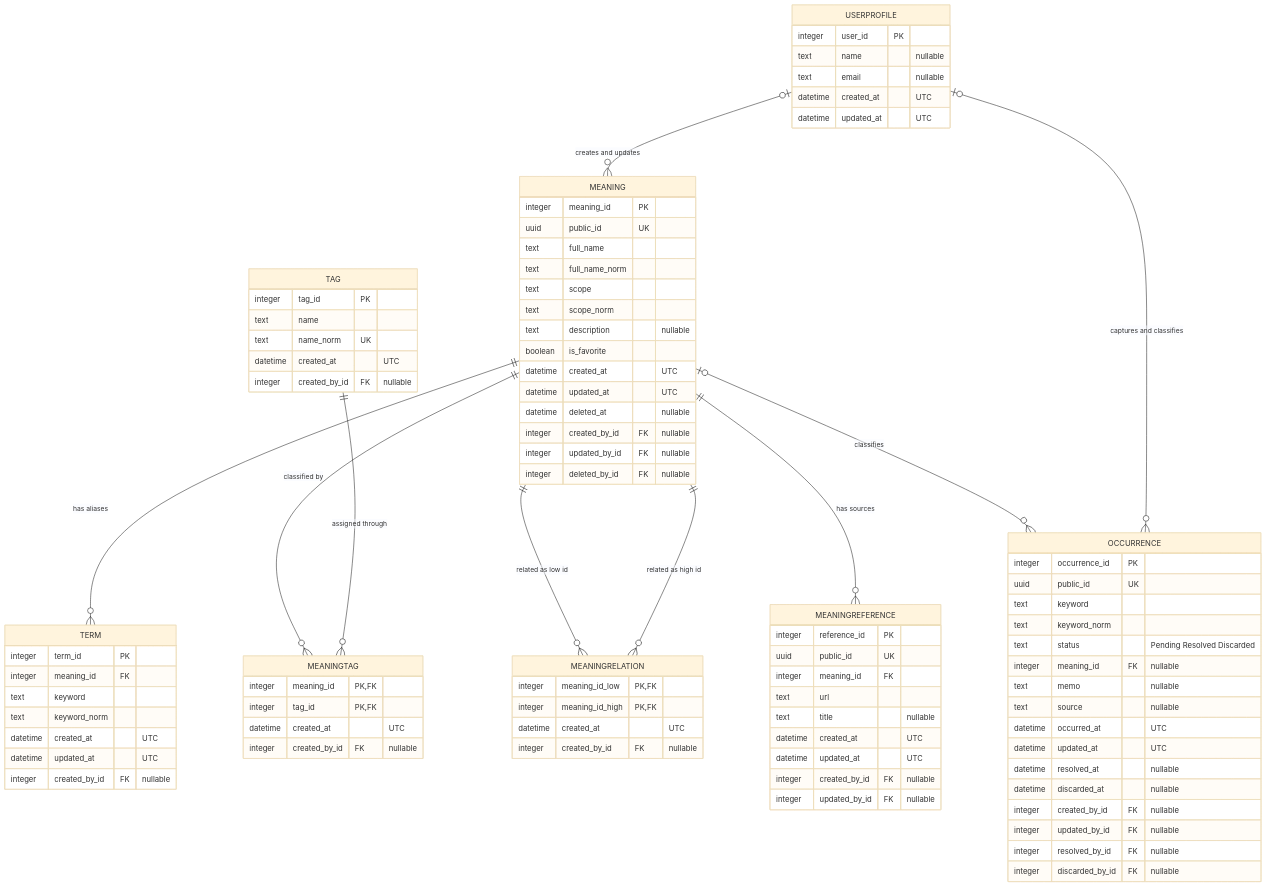
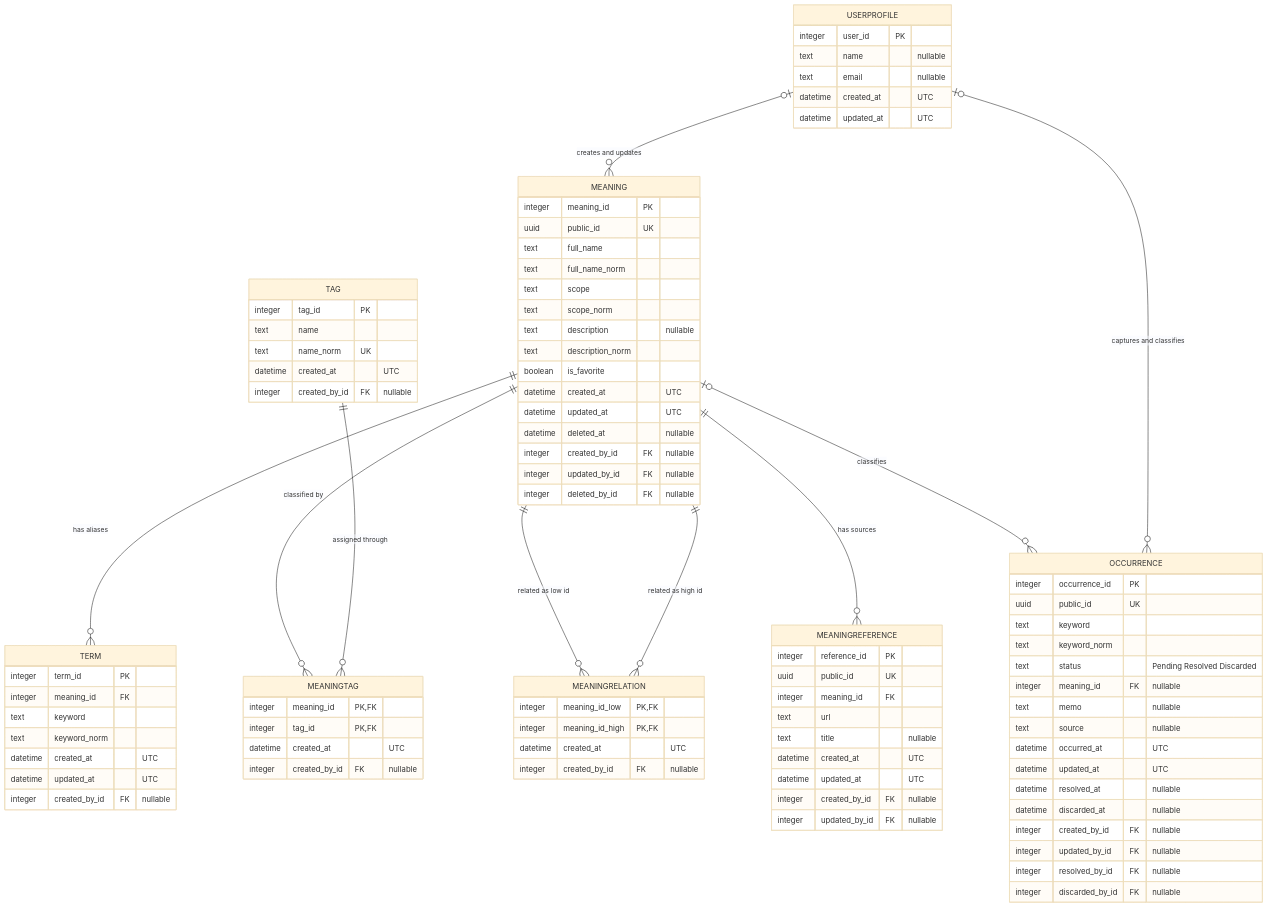
The first of 2 diagrams in docs/003_domain_model.md (niikei/TermKeeper), drawn with Mermaid (base theme) before and after one commit. The commit also changed other lines of this file and 18 other files, not shown here.

```diff
--- a/docs/003_domain_model.md
+++ b/docs/003_domain_model.md
@@ -42,6 +42,7 @@
         text scope
         text scope_norm
         text description "nullable"
+        text description_norm
         boolean is_favorite
         datetime created_at "UTC"
         datetime updated_at "UTC"
```
